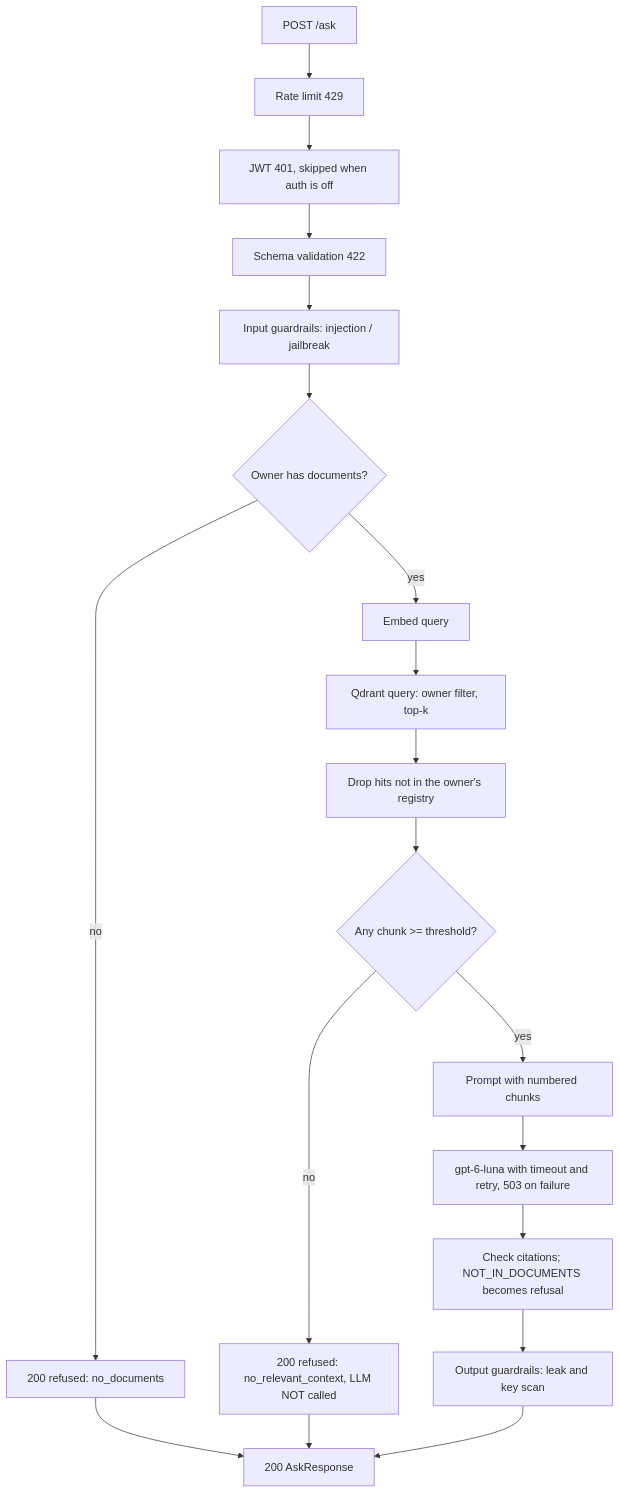
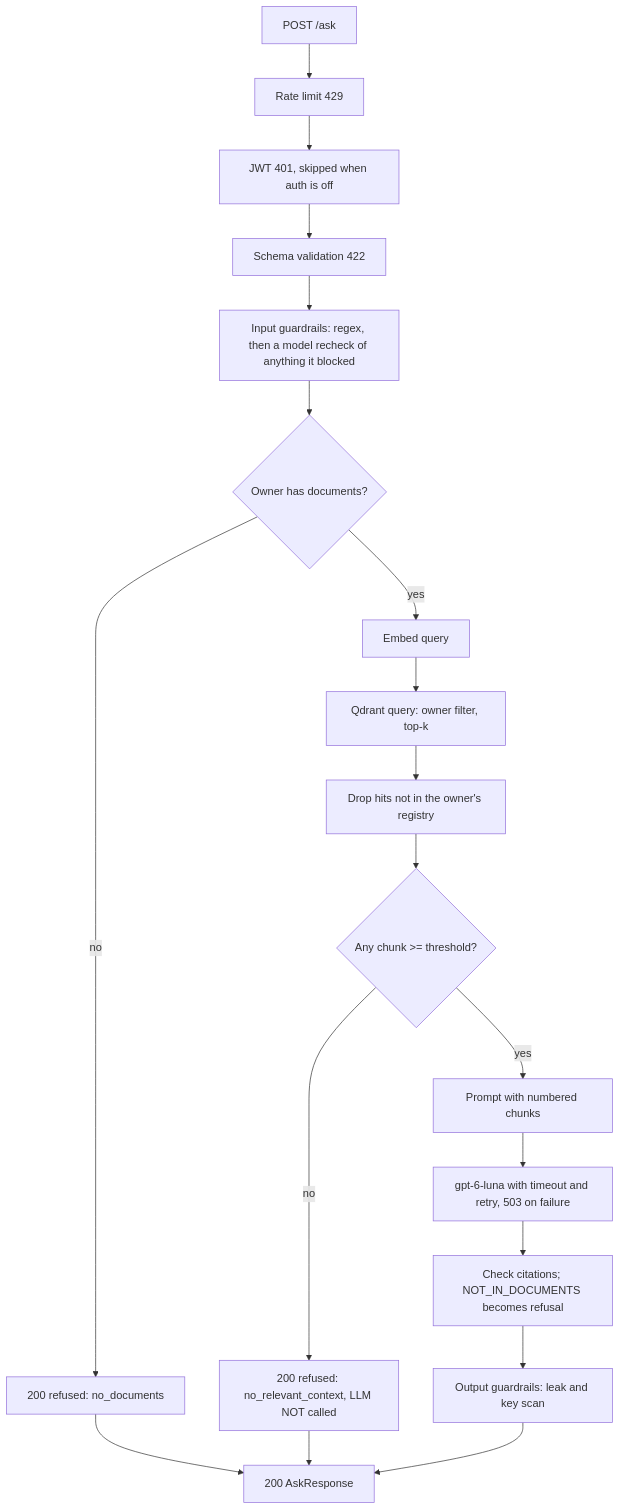
One commit to asadullahdot/Production-RAG-Service__Portfolio-01 changed the first of 2 diagrams in PLAN.md. Above: the diagram before and after it, drawn with Mermaid. The commit also changed other lines of this file and 5 other files, not shown here.

Commit message:
Add fail-closed model recheck for questions the regex guardrail blocked

````diff
--- a/PLAN.md
+++ b/PLAN.md
@@ -94,21 +94,21 @@
 ```mermaid
 flowchart TD
   UI[POST /ask] --> RL[Rate limit 429]
   RL --> AU[JWT 401, skipped when auth is off]
   AU --> V[Schema validation 422]
-  V --> IG[Input guardrails: injection / jailbreak]
+  V --> IG[Input guardrails: regex, then a model recheck of anything it blocked]
   IG --> EMPTY{Owner has documents?}
   EMPTY -->|no| R0[200 refused: no_documents]
   EMPTY -->|yes| EQ[Embed query]
   EQ --> VS[Qdrant query: owner filter, top-k]
   VS --> RF[Drop hits not in the owner's registry]
   RF --> TH{Any chunk >= threshold?}
   TH -->|no| R1[200 refused: no_relevant_context, LLM NOT called]
   TH -->|yes| PB[Prompt with numbered chunks]
   PB --> LLM[gpt-6-luna with timeout and retry, 503 on failure]
   LLM --> CC[Check citations; NOT_IN_DOCUMENTS becomes refusal]
   CC --> OG[Output guardrails: leak and key scan]
   OG --> RESP[200 AskResponse]
   R0 --> RESP
   R1 --> RESP
 ```
````
